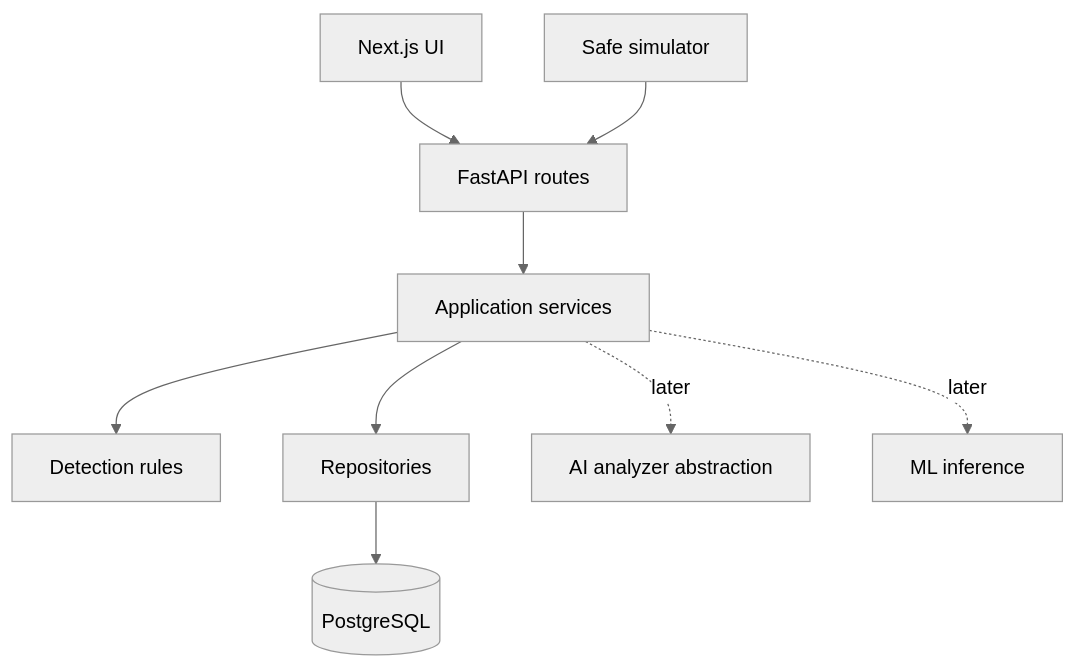
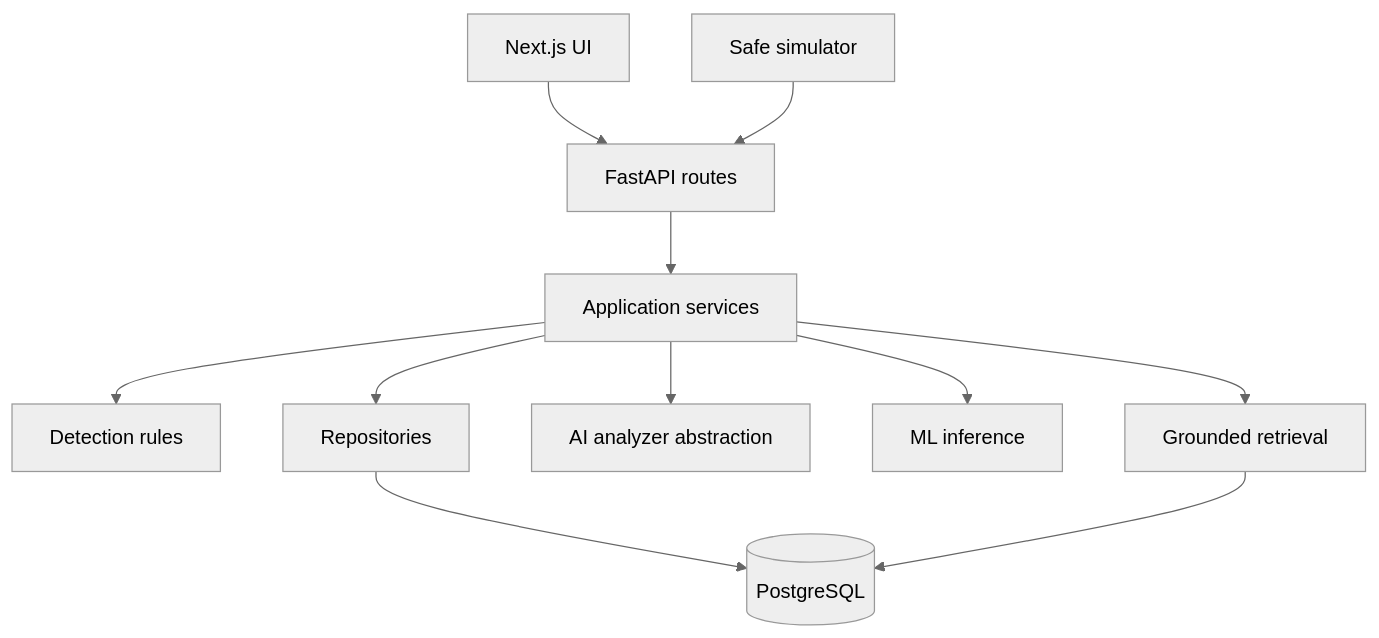
One commit to huuzz/Sentinel changed the diagram in docs/ARCHITECTURE.md. Above: the diagram before and after it, drawn with Mermaid (neutral theme). The commit also changed other lines of this file and 27 other files, not shown here.

Commit message:
feat: add grounded knowledge retrieval

````diff
--- a/docs/ARCHITECTURE.md
+++ b/docs/ARCHITECTURE.md
@@ -24,11 +31,13 @@
 ```mermaid
 flowchart TD
     UI[Next.js UI] --> Routes[FastAPI routes]
     Sim[Safe simulator] --> Routes
     Routes --> Services[Application services]
     Services --> Detection[Detection rules]
     Services --> Repositories[Repositories]
     Repositories --> PG[(PostgreSQL)]
-    Services -. later .-> AI[AI analyzer abstraction]
-    Services -. later .-> ML[ML inference]
+    Services --> AI[AI analyzer abstraction]
+    Services --> ML[ML inference]
+    Services --> RAG[Grounded retrieval]
+    RAG --> PG
 ```
````
